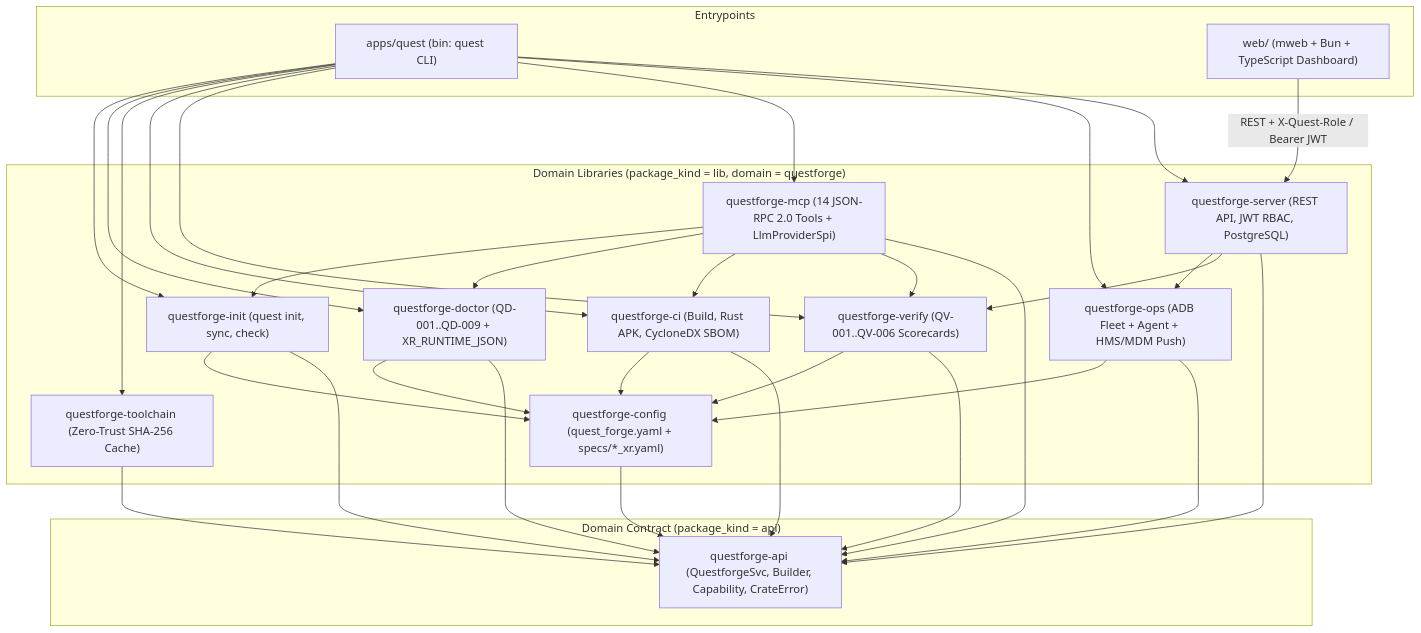
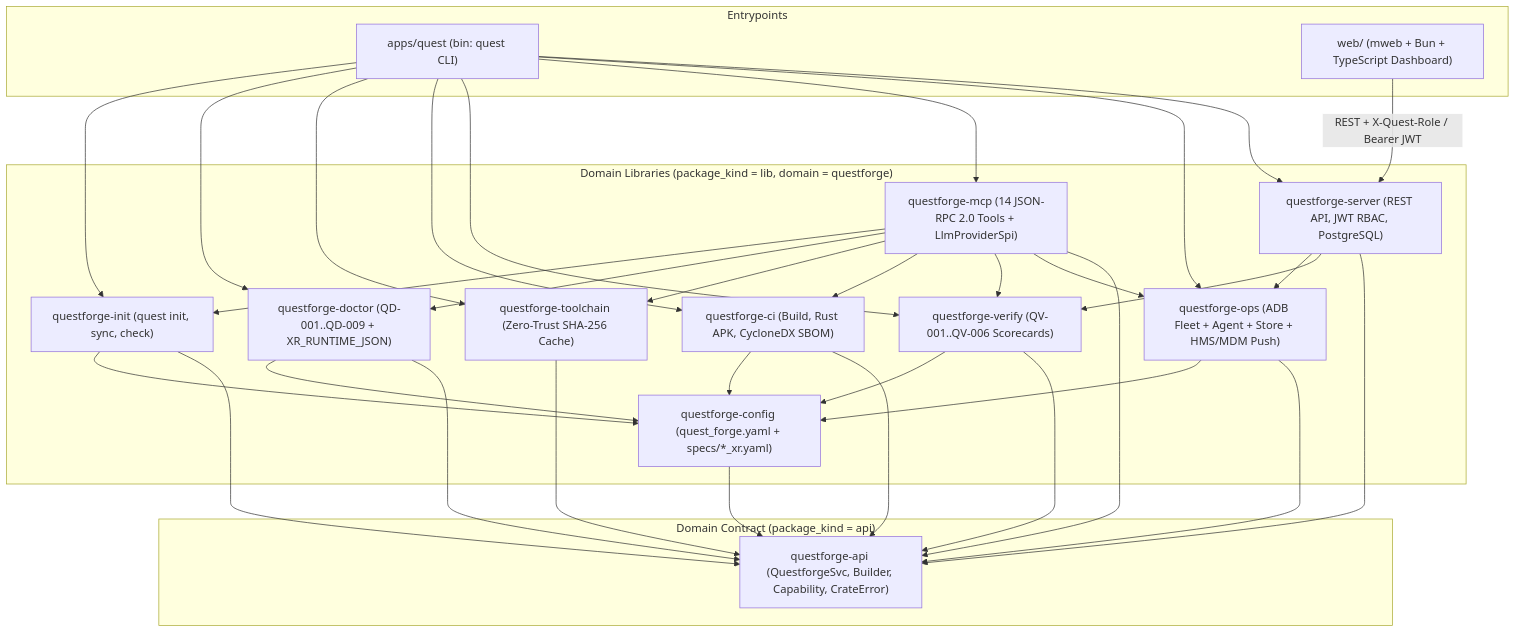
Before and after one commit to sweengineeringlabs/questforge: the first of 5 diagrams in docs/3-design/architecture.md, drawn with Mermaid. The commit also changed other lines of this file and 7 other files, not shown here.

Commit message:
docs(design,ideation): complete architecture diagrams, WSL interop flow, ER schema, and visual assets

````diff
--- a/docs/3-design/architecture.md
+++ b/docs/3-design/architecture.md
@@ -19,30 +21,30 @@
 ```mermaid
 flowchart TD
     subgraph Entrypoints["Entrypoints"]
         CLI["apps/quest (bin: quest CLI)"]
         Web["web/ (mweb + Bun + TypeScript Dashboard)"]
     end
 
     subgraph Libs["Domain Libraries (package_kind = lib, domain = questforge)"]
         Config["questforge-config (quest_forge.yaml + specs/*_xr.yaml)"]
         Toolchain["questforge-toolchain (Zero-Trust SHA-256 Cache)"]
         Doctor["questforge-doctor (QD-001..QD-009 + XR_RUNTIME_JSON)"]
         Init["questforge-init (quest init, sync, check)"]
         CI["questforge-ci (Build, Rust APK, CycloneDX SBOM)"]
         Verify["questforge-verify (QV-001..QV-006 Scorecards)"]
         MCP["questforge-mcp (14 JSON-RPC 2.0 Tools + LlmProviderSpi)"]
-        Ops["questforge-ops (ADB Fleet + Agent + HMS/MDM Push)"]
+        Ops["questforge-ops (ADB Fleet + Agent + Store + HMS/MDM Push)"]
         Server["questforge-server (REST API, JWT RBAC, PostgreSQL)"]
     end
 
     subgraph API["Domain Contract (package_kind = api)"]
         ApiCrate["questforge-api (QuestforgeSvc, Builder, Capability, CrateError)"]
     end
 
     CLI --> Init & Doctor & Toolchain & CI & Verify & MCP & Ops & Server
     Web -->|"REST + X-Quest-Role / Bearer JWT"| Server
-    MCP --> Init & Doctor & CI & Verify
+    MCP --> Init & Doctor & Toolchain & CI & Verify & Ops
     Server --> Ops & Verify
     Init & Doctor & CI & Verify & Ops --> Config
     Config & Toolchain & Doctor & Init & CI & Verify & MCP & Ops & Server --> ApiCrate
 ```
````
